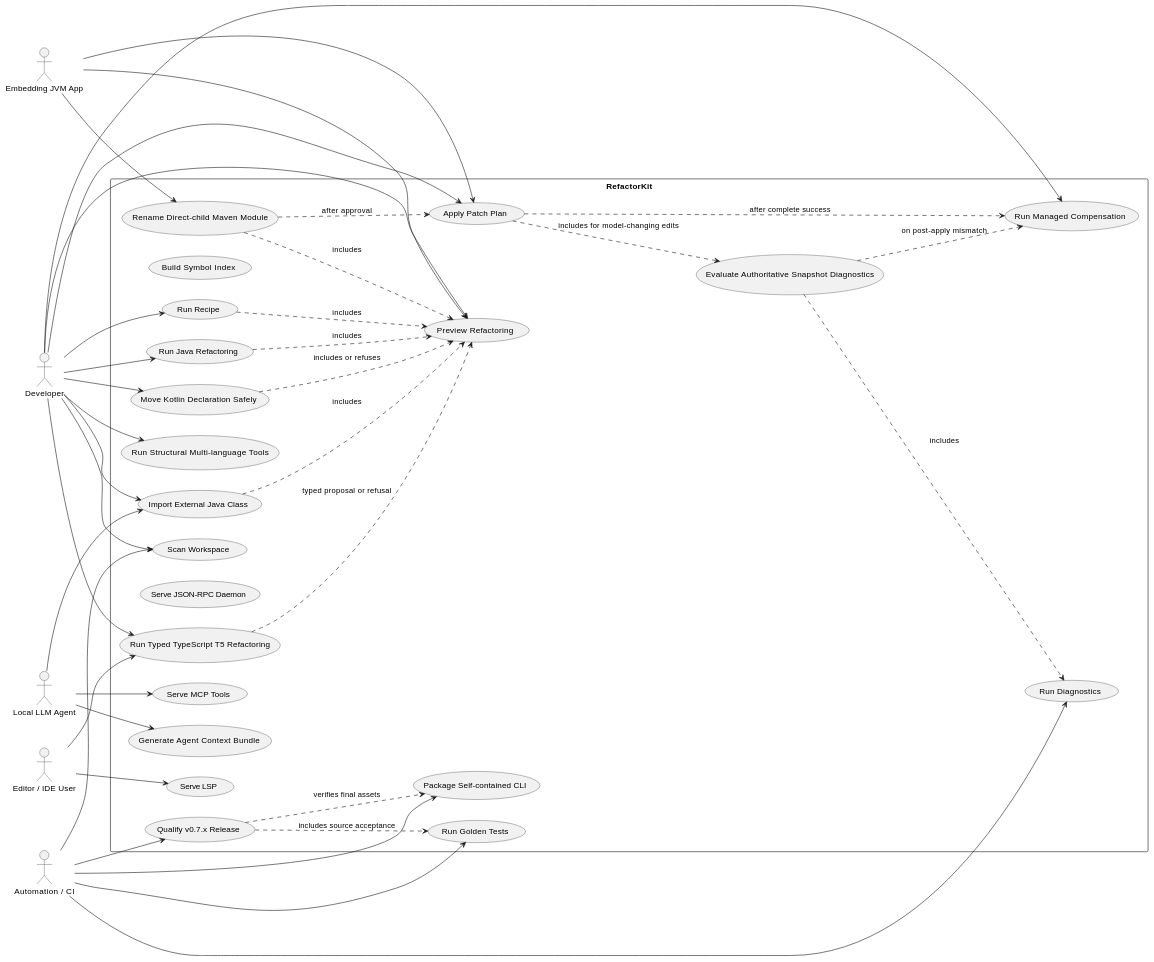
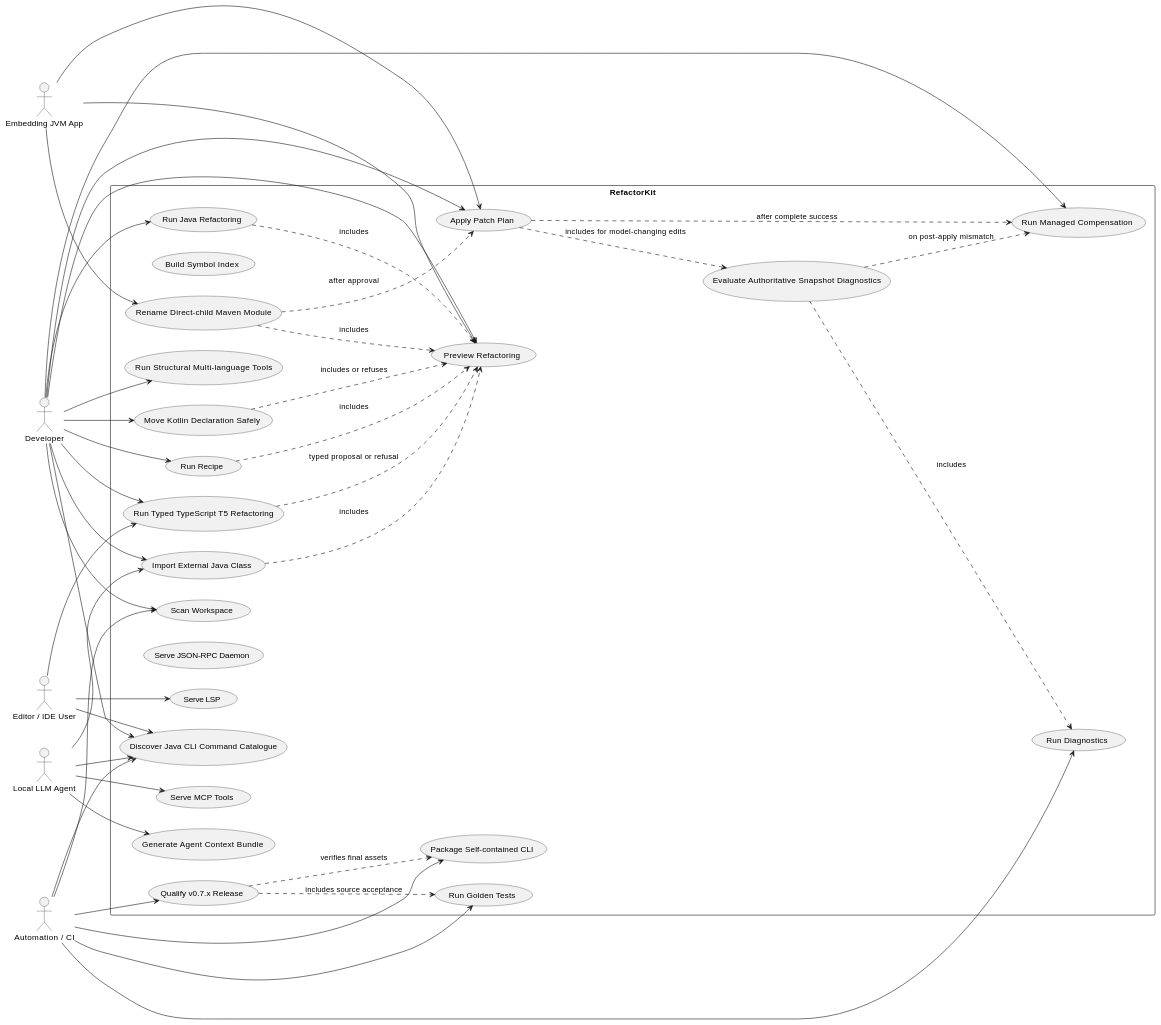
One commit to mgiustiniani/refactorkit changed the diagram in docs/arc42/appendix-requirements.adoc. Above: the diagram before and after it, drawn with PlantUML. The commit also changed other lines of this file and 23 other files, not shown here.

First line of the commit message:
REQ-JAVA-CLI-CATALOG-001: add versioned command discovery

```diff
--- a/docs/arc42/appendix-requirements.adoc
+++ b/docs/arc42/appendix-requirements.adoc
@@ -238,70 +242,75 @@
 [source,plantuml]
 ----
 @startuml
 left to right direction
 actor Developer
 actor "Automation / CI" as CI
 actor "Editor / IDE User" as IDEUser
 actor "Local LLM Agent" as Agent
 actor "Embedding JVM App" as App
 rectangle RefactorKit {
   usecase "Scan Workspace" as UC_SCAN
   usecase "Build Symbol Index" as UC_SYMBOLS
   usecase "Run Diagnostics" as UC_DIAG
   usecase "Evaluate Authoritative Snapshot Diagnostics" as UC_AUTH_DIAG
   usecase "Preview Refactoring" as UC_PREVIEW
   usecase "Apply Patch Plan" as UC_APPLY
   usecase "Run Managed Compensation" as UC_ROLLBACK
   usecase "Run Java Refactoring" as UC_JAVA
+  usecase "Discover Java CLI Command Catalogue" as UC_JAVA_CLI_CATALOG
   usecase "Rename Direct-child Maven Module" as UC_MODULE_RENAME
   usecase "Move Kotlin Declaration Safely" as UC_KOTLIN_MOVE
   usecase "Run Typed TypeScript T5 Refactoring" as UC_TS_T5
   usecase "Run Recipe" as UC_RECIPE
   usecase "Import External Java Class" as UC_IMPORT
   usecase "Serve JSON-RPC Daemon" as UC_DAEMON
   usecase "Serve LSP" as UC_LSP
   usecase "Serve MCP Tools" as UC_MCP
   usecase "Generate Agent Context Bundle" as UC_CONTEXT
   usecase "Package Self-contained CLI" as UC_PACKAGE
   usecase "Qualify v0.7.x Release" as UC_V07_QUALIFY
   usecase "Run Golden Tests" as UC_GOLDEN
   usecase "Run Structural Multi-language Tools" as UC_STRUCT
 }
 Developer --> UC_SCAN
 Developer --> UC_PREVIEW
 Developer --> UC_APPLY
 Developer --> UC_ROLLBACK
 Developer --> UC_JAVA
+Developer --> UC_JAVA_CLI_CATALOG
 Developer --> UC_KOTLIN_MOVE
 Developer --> UC_TS_T5
 Developer --> UC_RECIPE
 Developer --> UC_IMPORT
 Developer --> UC_STRUCT
 CI --> UC_SCAN
+CI --> UC_JAVA_CLI_CATALOG
 CI --> UC_DIAG
 CI --> UC_PACKAGE
 CI --> UC_V07_QUALIFY
 CI --> UC_GOLDEN
 IDEUser --> UC_LSP
+IDEUser --> UC_JAVA_CLI_CATALOG
 IDEUser --> UC_TS_T5
+Agent --> UC_JAVA_CLI_CATALOG
 Agent --> UC_MCP
 Agent --> UC_CONTEXT
 Agent --> UC_IMPORT
 App --> UC_PREVIEW
 App --> UC_APPLY
 App --> UC_MODULE_RENAME
 UC_APPLY ..> UC_AUTH_DIAG : includes for model-changing edits
 UC_AUTH_DIAG ..> UC_DIAG : includes
 UC_AUTH_DIAG ..> UC_ROLLBACK : on post-apply mismatch
 UC_JAVA ..> UC_PREVIEW : includes
 UC_MODULE_RENAME ..> UC_PREVIEW : includes
 UC_MODULE_RENAME ..> UC_APPLY : after approval
 UC_KOTLIN_MOVE ..> UC_PREVIEW : includes or refuses
 UC_TS_T5 ..> UC_PREVIEW : typed proposal or refusal
 UC_RECIPE ..> UC_PREVIEW : includes
 UC_IMPORT ..> UC_PREVIEW : includes
 UC_V07_QUALIFY ..> UC_PACKAGE : verifies final assets
 UC_V07_QUALIFY ..> UC_GOLDEN : includes source acceptance
 UC_APPLY ..> UC_ROLLBACK : after complete success
 @enduml
 ----
```
